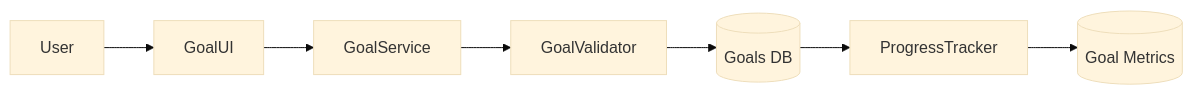
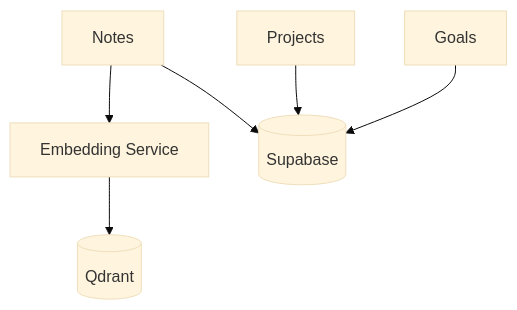
One commit to ArlagaddaMourya/habit_tracker changed the fifth of 11 diagrams in README.md. Above: the diagram before and after it, drawn with Mermaid (base theme). The commit also changed other lines of this file and 6 other files, not shown here.

````diff
--- a/README.md
+++ b/README.md
@@ -205,15 +212,15 @@
 ```mermaid
-flowchart LR
+flowchart TD
 
-User --> GoalUI
+    Goal[Goals]
+    Project[Projects]
+    Notes[Notes]
 
-GoalUI --> GoalService
+    Notes --> Embedding[Embedding Service]
 
-GoalService --> GoalValidator
+    Embedding --> Qdrant[(Qdrant)]
 
-GoalValidator --> GoalDB[(Goals DB)]
-
-GoalDB --> ProgressTracker
-
-ProgressTracker --> GoalMetrics[(Goal Metrics)]
+    Goal --> Supabase[(Supabase)]
+    Project --> Supabase
+    Notes --> Supabase
 ```
````
